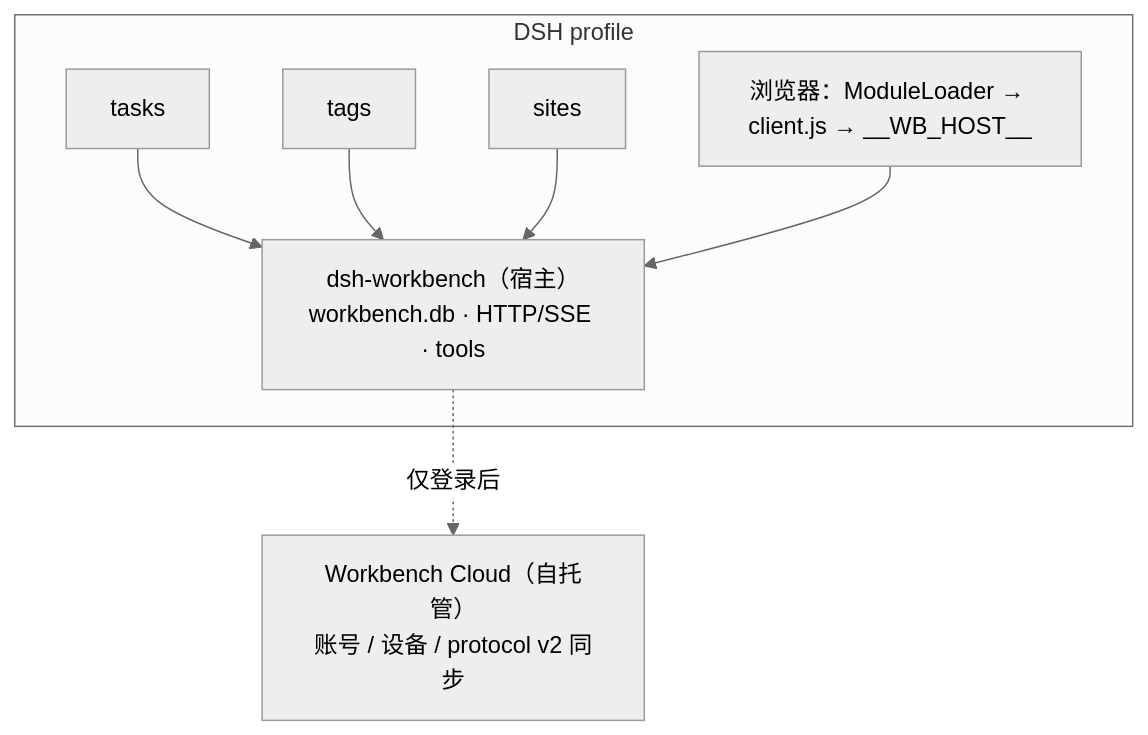
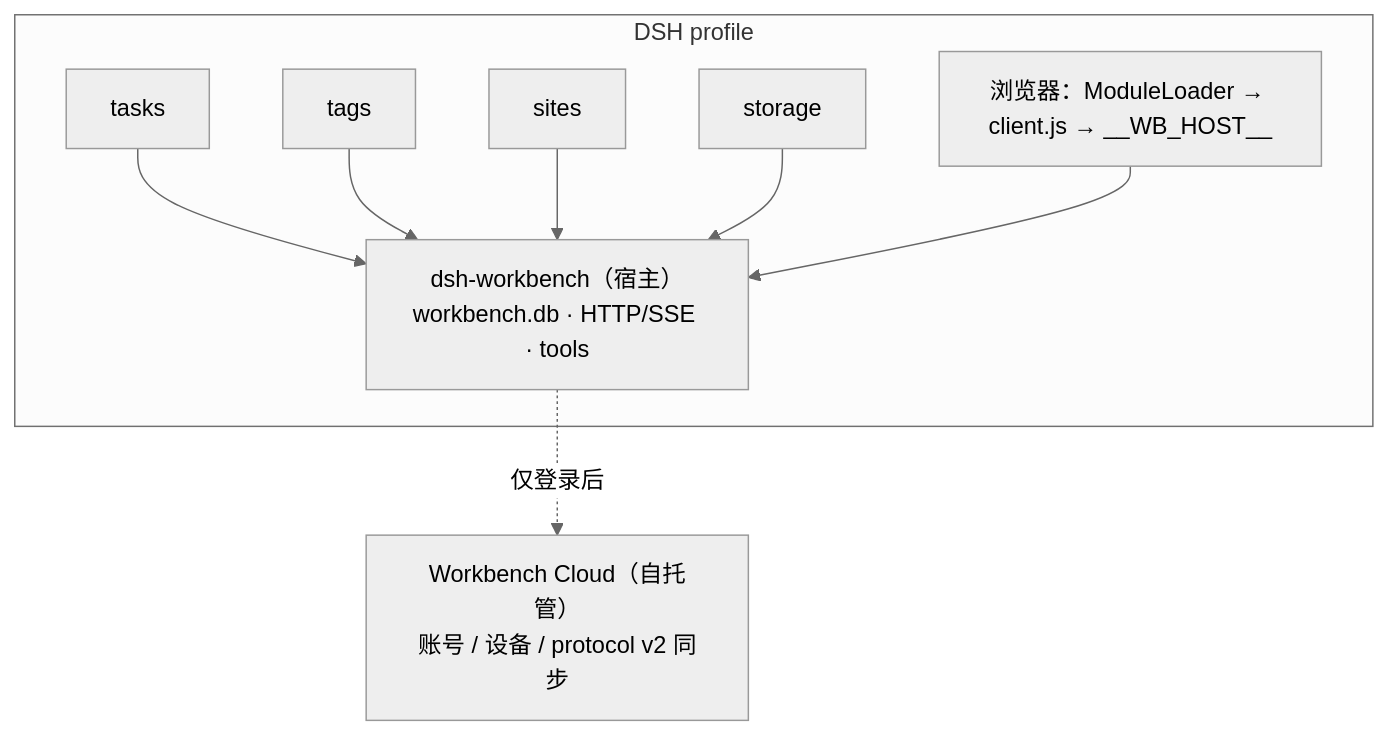
One commit to ityyq777/dsh-workbench-source changed the diagram in docs/specs/README.md. Above: the diagram before and after it, drawn with Mermaid (neutral theme). The commit also changed other lines of this file and 50 other files, not shown here.

````diff
--- a/docs/specs/README.md
+++ b/docs/specs/README.md
@@ -14,13 +14,14 @@
 ```mermaid
 flowchart TB
   subgraph DSH["DSH profile"]
     H["dsh-workbench（宿主）<br/>workbench.db · HTTP/SSE · tools"]
     T["tasks"] --> H
     G["tags"] --> H
     S["sites"] --> H
+    R["storage"] --> H
     B["浏览器：ModuleLoader → client.js → __WB_HOST__"]
     B --> H
   end
   C["Workbench Cloud（自托管）<br/>账号 / 设备 / protocol v2 同步"]
   H -.->|"仅登录后"| C
 ```
````
